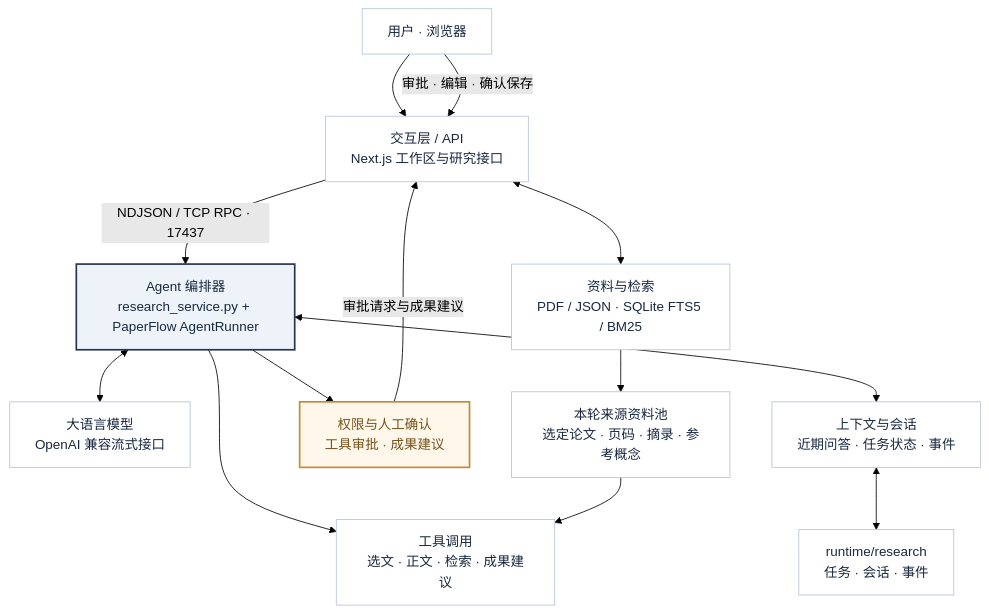
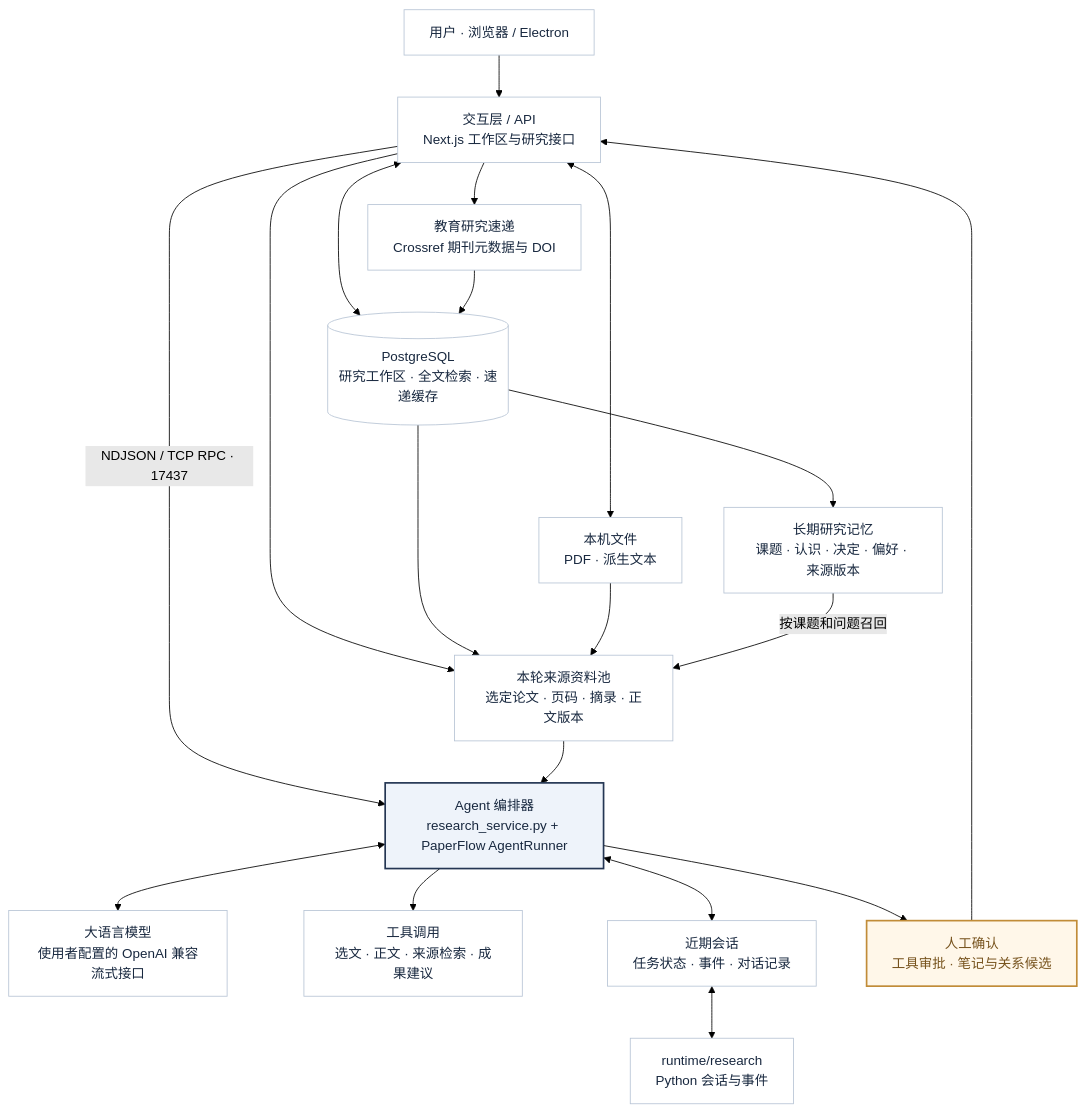
One commit to Muhaymenul/openhai changed the first of 2 diagrams in docs/software/architecture.md. Above: the diagram before and after it, drawn with Mermaid (forest theme). The commit also changed other lines of this file and 223 other files, not shown here.

````diff
--- a/docs/software/architecture.md
+++ b/docs/software/architecture.md
@@ -9,24 +9,28 @@
 ```mermaid
 flowchart TB
-    U["用户 · 浏览器"] --> W["交互层 / API<br/>Next.js 工作区与研究接口"]
+    U["用户 · 浏览器 / Electron"] --> W["交互层 / API<br/>Next.js 工作区与研究接口"]
     W -->|"NDJSON / TCP RPC · 17437"| A["Agent 编排器<br/>research_service.py + PaperFlow AgentRunner"]
-
-    A <--> M["大语言模型<br/>OpenAI 兼容流式接口"]
-    A --> T["工具调用<br/>选文 · 正文 · 检索 · 成果建议"]
-    A <--> S["上下文与会话<br/>近期问答 · 任务状态 · 事件"]
-    A --> H["权限与人工确认<br/>工具审批 · 成果建议"]
-
-    W <--> D["资料与检索<br/>PDF / JSON · SQLite FTS5 / BM25"]
-    D --> Q["本轮来源资料池<br/>选定论文 · 页码 · 摘录 · 参考概念"]
-    Q --> T
-    S <--> R["runtime/research<br/>任务 · 会话 · 事件"]
-    H -->|"审批请求与成果建议"| W
-    U -->|"审批 · 编辑 · 确认保存"| W
+    A <--> M["大语言模型<br/>使用者配置的 OpenAI 兼容流式接口"]
+    A --> T["工具调用<br/>选文 · 正文 · 来源检索 · 成果建议"]
+    A <--> S["近期会话<br/>任务状态 · 事件 · 对话记录"]
+    A --> H["人工确认<br/>工具审批 · 笔记与关系候选"]
+    W <--> D[("PostgreSQL<br/>研究工作区 · 全文检索 · 速递缓存")]
+    W <--> F["本机文件<br/>PDF · 派生文本"]
+    W --> Q["本轮来源资料池<br/>选定论文 · 页码 · 摘录 · 正文版本"]
+    D --> Q
+    F --> Q
+    Q --> A
+    D --> L["长期研究记忆<br/>课题 · 认识 · 决定 · 偏好 · 来源版本"]
+    L -->|"按课题和问题召回"| Q
+    S <--> R["runtime/research<br/>Python 会话与事件"]
+    H --> W
+    W --> J["教育研究速递<br/>Crossref 期刊元数据与 DOI"]
+    J --> D
 
     classDef primary fill:#eef3fa,stroke:#243653,stroke-width:2px,color:#18283f;
     classDef normal fill:#ffffff,stroke:#b7c4d5,color:#18283f;
     classDef confirm fill:#fff7e9,stroke:#c18c38,stroke-width:2px,color:#76521c;
     class A primary;
-    class U,W,M,T,S,D,Q,R normal;
+    class U,W,M,T,S,D,F,Q,L,R,J normal;
     class H confirm;
 ```
````
